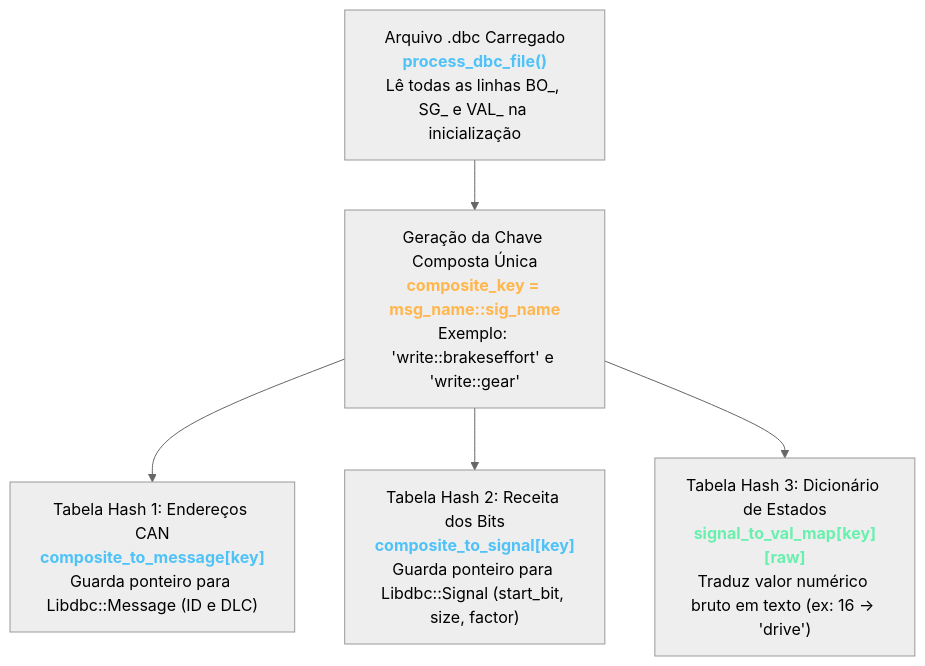
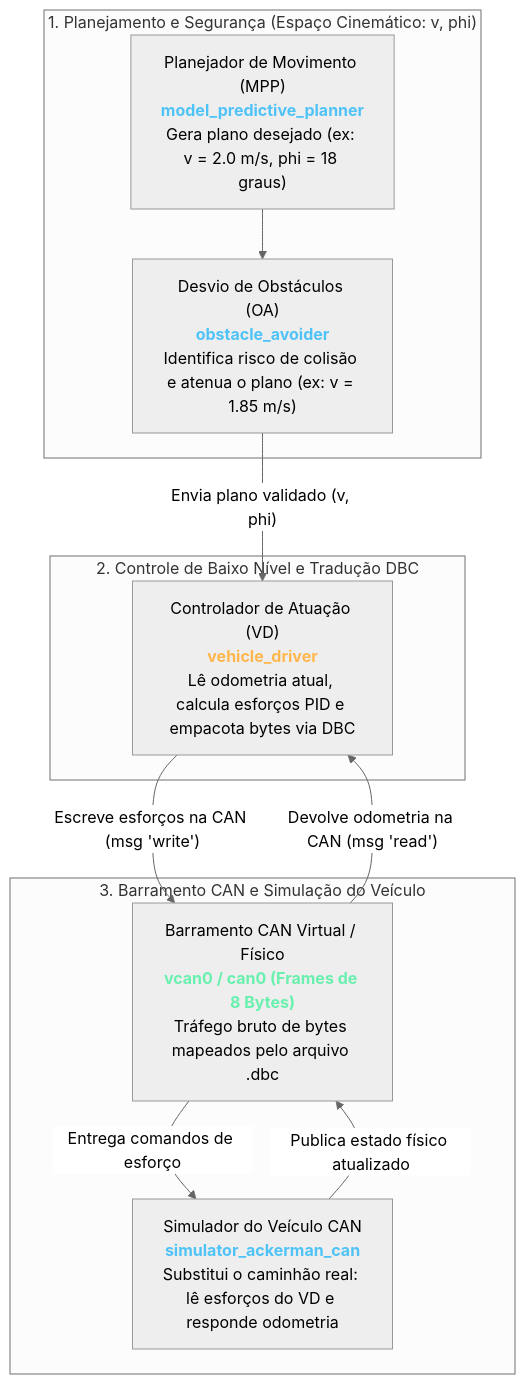
The first of 2 diagrams in README.md (BrenoCSilva/lume), drawn with Mermaid (neutral theme) before and after one commit. The commit also changed other lines of this file, not shown here.

````diff
--- a/README.md
+++ b/README.md
@@ -66,10 +7,22 @@
 ```mermaid
 flowchart TD
-    DBC["Arquivo .dbc Carregado<br/><b style='color:#4fc3f7'>process_dbc_file()</b><br/>Lê todas as linhas BO_, SG_ e VAL_ na inicialização"]
+    subgraph AltoNivel ["1. Planejamento e Segurança (Espaço Cinemático: v, phi)"]
+        MPP["Planejador de Movimento (MPP)<br/><b style='color:#4fc3f7'>model_predictive_planner</b><br/>Gera plano desejado (ex: v = 2.0 m/s, phi = 18 graus)"]
+        MPP --> OA["Desvio de Obstáculos (OA)<br/><b style='color:#4fc3f7'>obstacle_avoider</b><br/>Identifica risco de colisão e atenua o plano (ex: v = 1.85 m/s)"]
+    end
 
-    DBC --> KEY["Geração da Chave Composta Única<br/><b style='color:#ffb74d'>composite_key = msg_name::sig_name</b><br/>Exemplo: 'write::brakeseffort' e 'write::gear'"]
+    OA -->|"Envia plano validado (v, phi)"| VD
 
-    KEY --> H1["Tabela Hash 1: Endereços CAN<br/><b style='color:#4fc3f7'>composite_to_message[key]</b><br/>Guarda ponteiro para Libdbc::Message (ID e DLC)"]
-    KEY --> H2["Tabela Hash 2: Receita dos Bits<br/><b style='color:#4fc3f7'>composite_to_signal[key]</b><br/>Guarda ponteiro para Libdbc::Signal (start_bit, size, factor)"]
-    KEY --> H3["Tabela Hash 3: Dicionário de Estados<br/><b style='color:#69f0ae'>signal_to_val_map[key][raw]</b><br/>Traduz valor numérico bruto em texto (ex: 16 -> 'drive')"]
+    subgraph Controle ["2. Controle de Baixo Nível e Tradução DBC"]
+        VD["Controlador de Atuação (VD)<br/><b style='color:#ffb74d'>vehicle_driver</b><br/>Lê odometria atual, calcula esforços PID e empacota bytes via DBC"]
+    end
+
+    VD -->|"Escreve esforços na CAN (msg 'write')"| CAN_BUS
+    CAN_BUS -->|"Devolve odometria na CAN (msg 'read')"| VD
+
+    subgraph HardwareOuSim ["3. Barramento CAN e Simulação do Veículo"]
+        CAN_BUS["Barramento CAN Virtual / Físico<br/><b style='color:#69f0ae'>vcan0 / can0 (Frames de 8 Bytes)</b><br/>Tráfego bruto de bytes mapeados pelo arquivo .dbc"]
+        CAN_BUS -->|"Entrega comandos de esforço"| SIM["Simulador do Veículo CAN<br/><b style='color:#4fc3f7'>simulator_ackerman_can</b><br/>Substitui o caminhão real: lê esforços do VD e responde odometria"]
+        SIM -->|"Publica estado físico atualizado"| CAN_BUS
+    end
 ```
````
